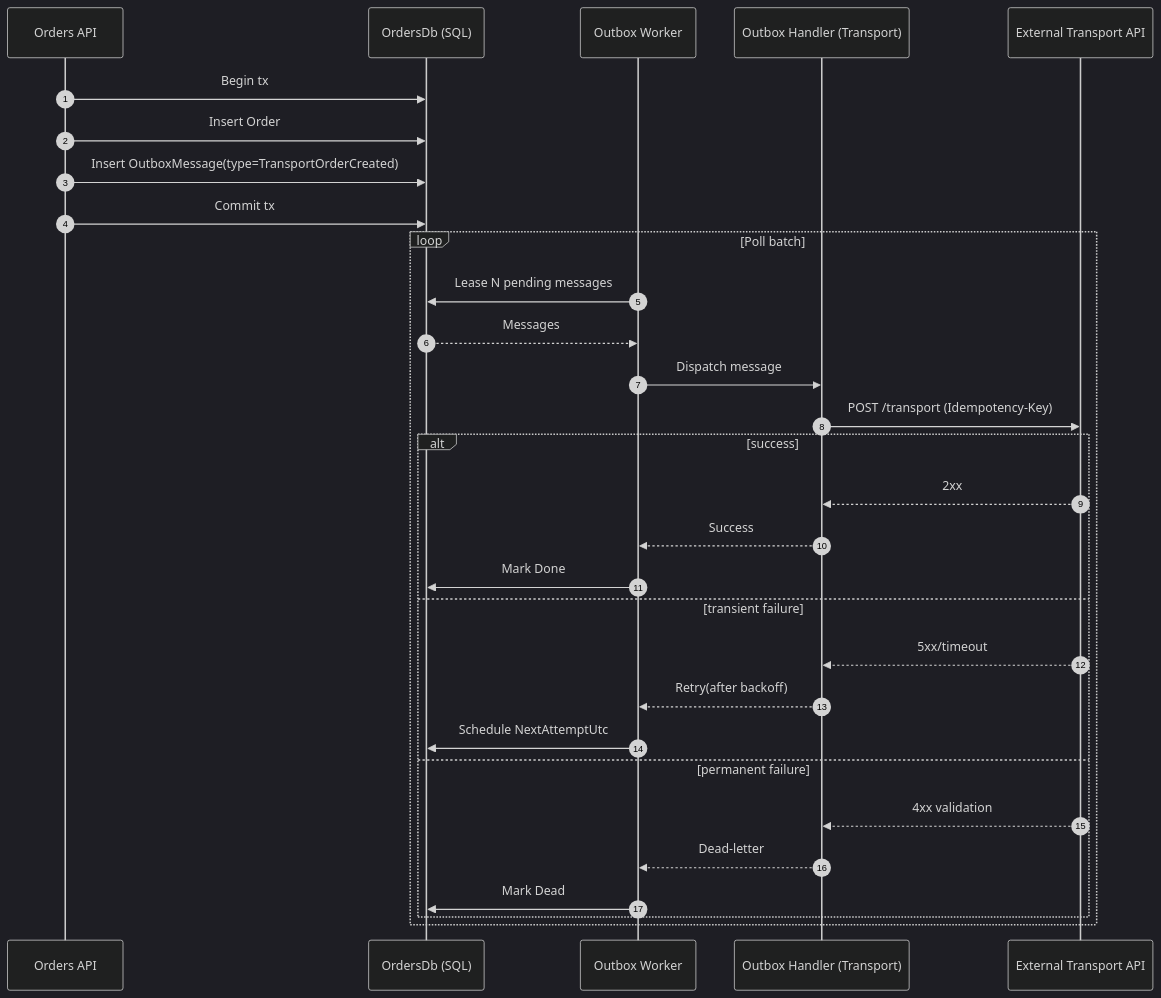
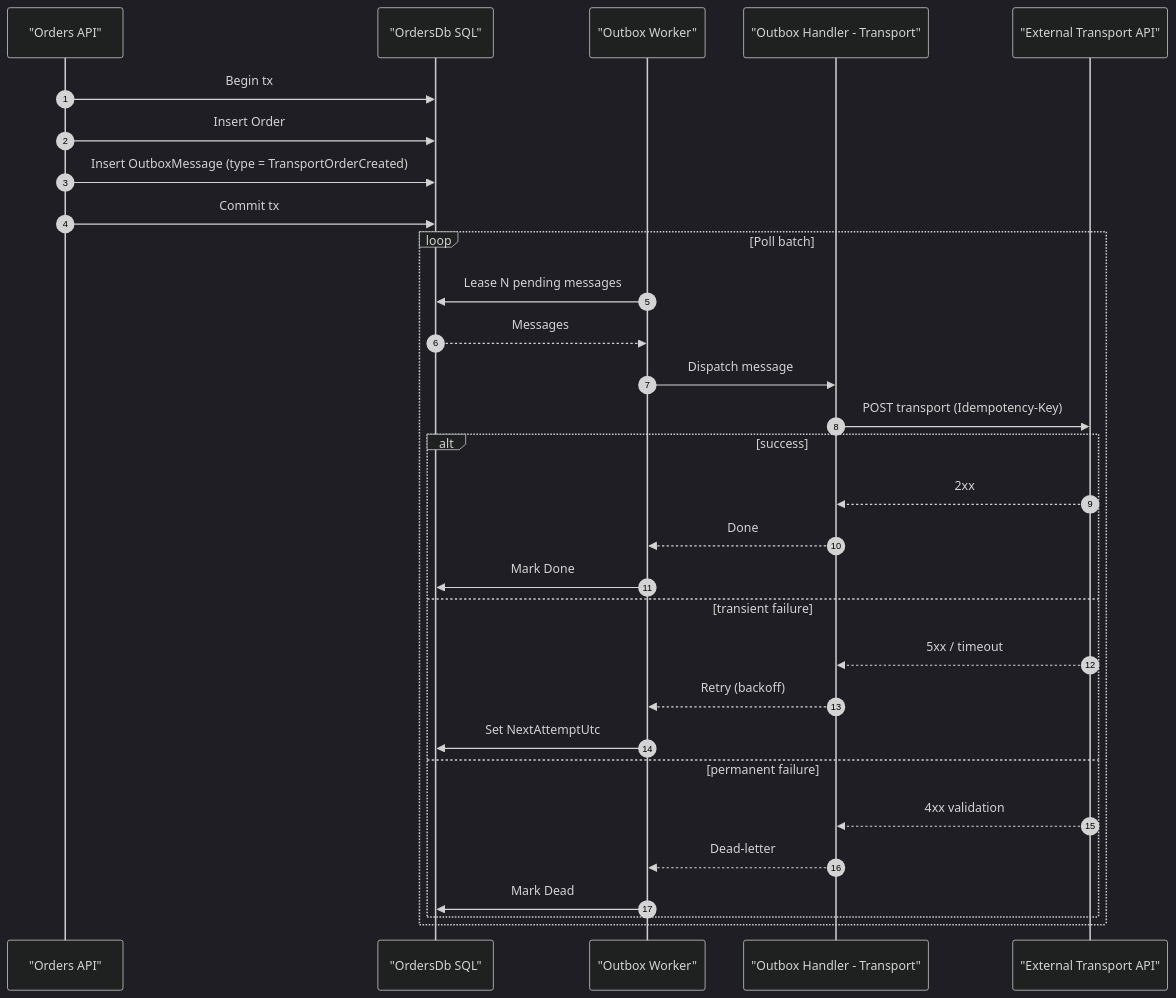
One commit to Radseq/myapp-clean-architecture-template changed the third of 3 diagrams in README.md. Above: the diagram before and after it, drawn with Mermaid (dark theme). The commit also changed other lines of this file, not shown here.

Commit message:
fix: README.md diagrams

````diff
--- a/README.md
+++ b/README.md
@@ -257,34 +261,34 @@
 ```mermaid
 sequenceDiagram
   autonumber
-  participant API as Orders API
-  participant DB as OrdersDb (SQL)
-  participant OB as Outbox Worker
-  participant H as Outbox Handler (Transport)
-  participant T as External Transport API
+  participant API as "Orders API"
+  participant DB as "OrdersDb SQL"
+  participant OB as "Outbox Worker"
+  participant H as "Outbox Handler - Transport"
+  participant T as "External Transport API"
 
   API->>DB: Begin tx
   API->>DB: Insert Order
-  API->>DB: Insert OutboxMessage(type=TransportOrderCreated)
+  API->>DB: Insert OutboxMessage (type = TransportOrderCreated)
   API->>DB: Commit tx
 
   loop Poll batch
     OB->>DB: Lease N pending messages
     DB-->>OB: Messages
     OB->>H: Dispatch message
-    H->>T: POST /transport (Idempotency-Key)
+    H->>T: POST transport (Idempotency-Key)
     alt success
       T-->>H: 2xx
-      H-->>OB: Success
+      H-->>OB: Done
       OB->>DB: Mark Done
     else transient failure
-      T-->>H: 5xx/timeout
-      H-->>OB: Retry(after backoff)
-      OB->>DB: Schedule NextAttemptUtc
+      T-->>H: 5xx / timeout
+      H-->>OB: Retry (backoff)
+      OB->>DB: Set NextAttemptUtc
     else permanent failure
       T-->>H: 4xx validation
       H-->>OB: Dead-letter
       OB->>DB: Mark Dead
     end
   end
 ```
````
